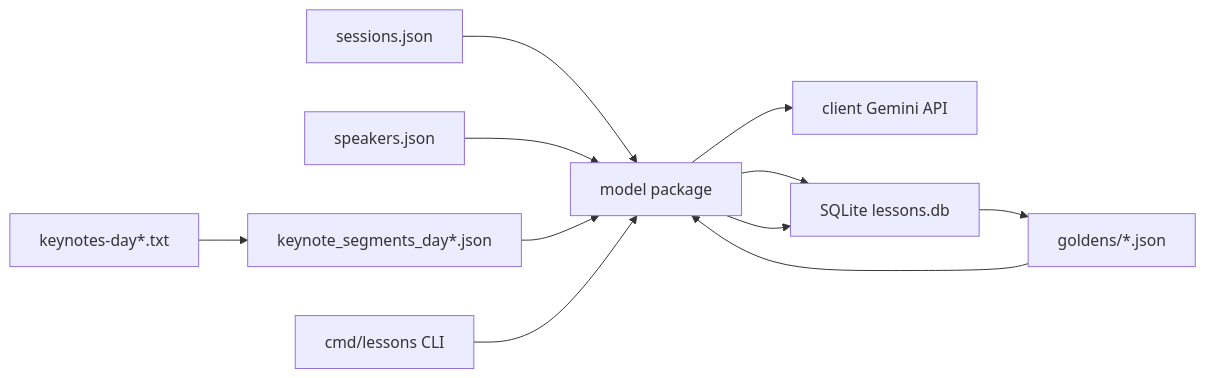
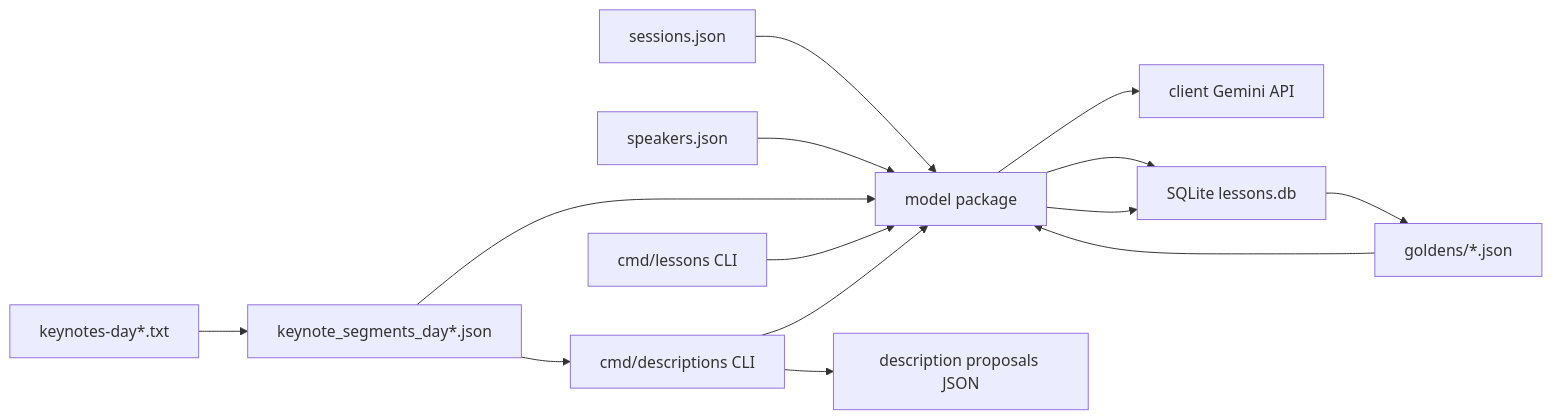
One commit to johnpfeiffer/aiewf changed the first of 2 diagrams in architecture.md. Above: the diagram before and after it, drawn with Mermaid. The commit also changed other lines of this file and 58 other files, not shown here.

Commit message:
reconcile to canonical session IDs, improve schedule UI to surface video links and better UX and font size, further prep for Go cmd generating descriptions from transcripts

````diff
--- a/architecture.md
+++ b/architecture.md
@@ -90,23 +92,28 @@
 ```mermaid
 flowchart LR
   sessions["sessions.json"]
   speakers["speakers.json"]
   rawtx["keynotes-day*.txt"]
   segments["keynote_segments_day*.json"]
   cmd["cmd/lessons CLI"]
+  desc["cmd/descriptions CLI"]
   model["model package"]
   client["client Gemini API"]
   sqlite["SQLite lessons.db"]
   goldens["goldens/*.json"]
+  descjson["description proposals JSON"]
 
   sessions --> model
   speakers --> model
   rawtx --> segments
   segments --> model
+  segments --> desc
   cmd --> model
+  desc --> model
   model --> client
   model --> sqlite
   sqlite --> goldens
   goldens --> model
   model --> sqlite
+  desc --> descjson
 ```
````
